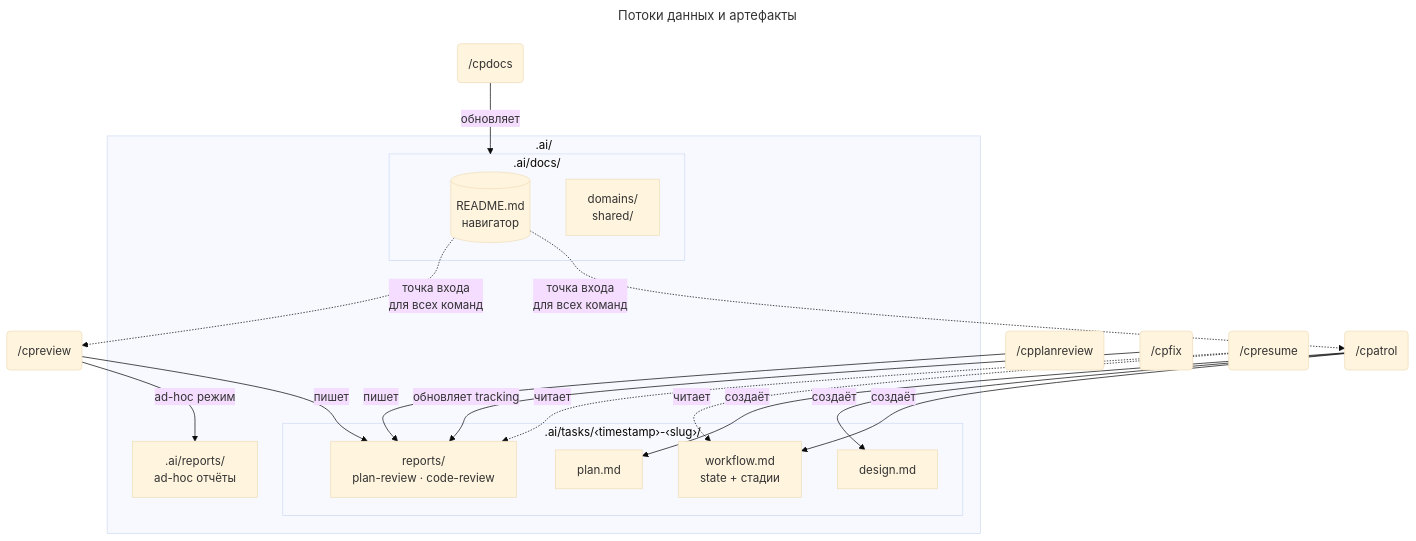
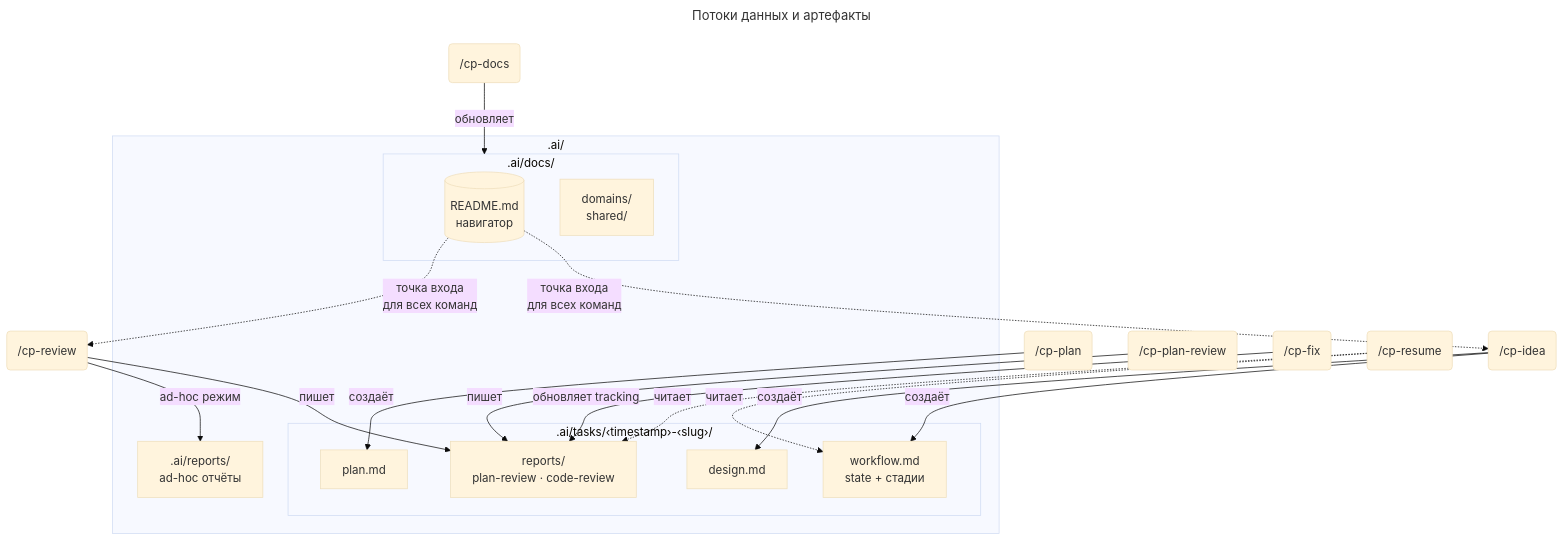
Before and after one commit to unger1984/codepatrol: the second of 3 diagrams in README.ru.md, drawn with Mermaid (base theme). The commit also changed other lines of this file and 75 other files, not shown here.

````diff
--- a/README.ru.md
+++ b/README.ru.md
@@ -125,33 +133,33 @@
 ```mermaid
 ---
 title: Потоки данных и артефакты
 ---
 flowchart TD
     subgraph storage [".ai/"]
         subgraph docsdir [".ai/docs/"]
             readme[("README.md\nнавигатор")]
             domains["domains/\nshared/"]
         end
         subgraph taskdir [".ai/tasks/‹timestamp›-‹slug›/"]
             workflow["workflow.md\nstate + стадии"]
             designf["design.md"]
             planf["plan.md"]
             reports["reports/\nplan-review · code-review"]
         end
         adhoc[".ai/reports/\nad-hoc отчёты"]
     end
 
-    cpatrol2("/cpatrol") -- "создаёт" --> workflow
-    cpatrol2 -- "создаёт" --> designf
-    cpatrol2 -- "создаёт" --> planf
-    planreview2("/cpplanreview") -- "пишет" --> reports
-    cpfix2("/cpfix") -- "обновляет tracking" --> reports
-    cpreview2("/cpreview") -- "пишет" --> reports
-    cpreview2 -- "ad-hoc режим" --> adhoc
-    cpdocs2("/cpdocs") -- "обновляет" --> docsdir
-    cpresume2("/cpresume") -. "читает" .-> workflow
-    cpresume2 -. "читает" .-> reports
+    cpidea2("/cp-idea") -- "создаёт" --> workflow
+    cpidea2 -- "создаёт" --> designf
+    cpplan2("/cp-plan") -- "создаёт" --> planf
+    planreview2("/cp-plan-review") -- "пишет" --> reports
+    cpfixn2("/cp-fix") -- "обновляет tracking" --> reports
+    cpreviewn2("/cp-review") -- "пишет" --> reports
+    cpreviewn2 -- "ad-hoc режим" --> adhoc
+    cpdocs2("/cp-docs") -- "обновляет" --> docsdir
+    cpresumen2("/cp-resume") -. "читает" .-> workflow
+    cpresumen2 -. "читает" .-> reports
 
-    readme -. "точка входа\nдля всех команд" .-> cpatrol2
-    readme -. "точка входа\nдля всех команд" .-> cpreview2
+    readme -. "точка входа\nдля всех команд" .-> cpidea2
+    readme -. "точка входа\nдля всех команд" .-> cpreviewn2
 ```
````
